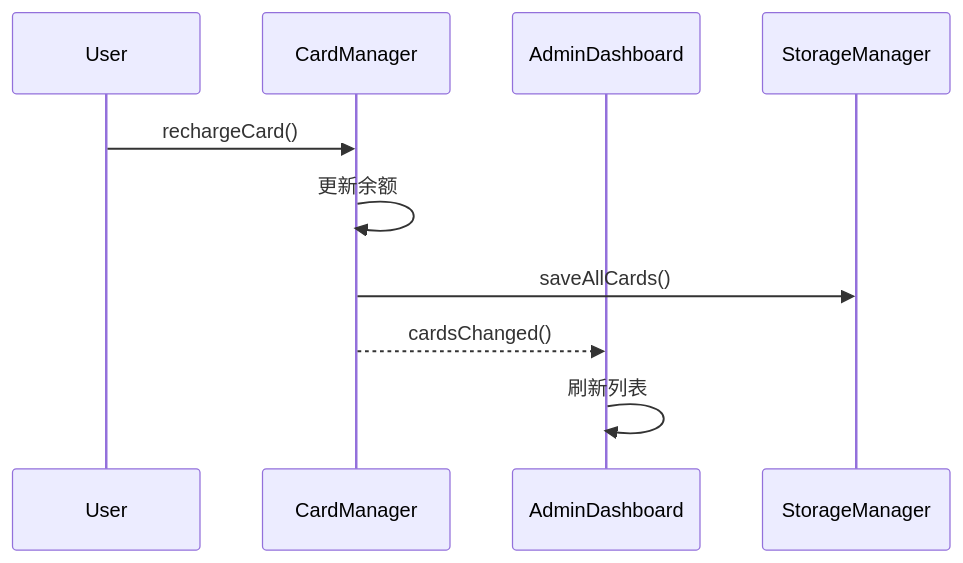
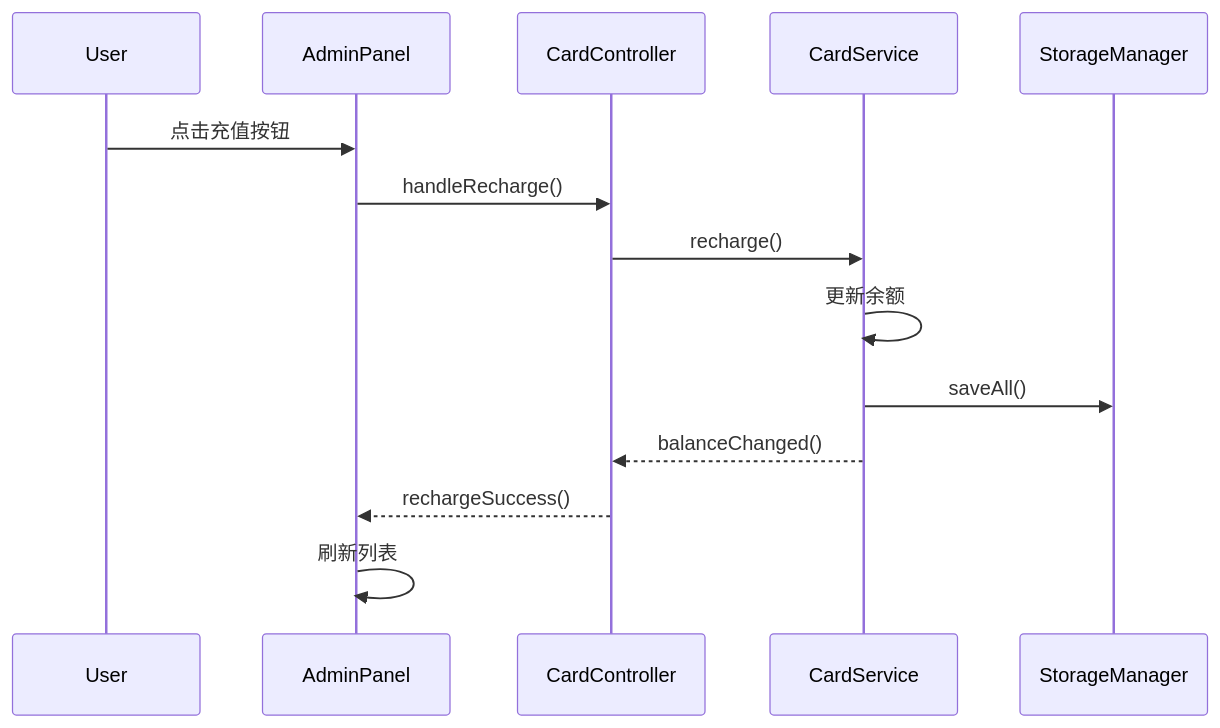
One commit to AstroAir/software-design changed the second of 4 diagrams in docs/architecture/overview.md. Above: the diagram before and after it, drawn with Mermaid. The commit also changed other lines of this file and 6 other files, not shown here.

Commit message:
Update documentation to reflect MVC architecture refactoring, rename managers to services/controllers, and reorganize API reference structure

````diff
--- a/docs/architecture/overview.md
+++ b/docs/architecture/overview.md
@@ -94,13 +130,17 @@
 ```mermaid
 sequenceDiagram
     participant User
-    participant CardManager
-    participant AdminDashboard
+    participant AdminPanel
+    participant CardController
+    participant CardService
     participant StorageManager
 
-    User->>CardManager: rechargeCard()
-    CardManager->>CardManager: 更新余额
-    CardManager->>StorageManager: saveAllCards()
-    CardManager-->>AdminDashboard: cardsChanged()
-    AdminDashboard->>AdminDashboard: 刷新列表
+    User->>AdminPanel: 点击充值按钮
+    AdminPanel->>CardController: handleRecharge()
+    CardController->>CardService: recharge()
+    CardService->>CardService: 更新余额
+    CardService->>StorageManager: saveAll()
+    CardService-->>CardController: balanceChanged()
+    CardController-->>AdminPanel: rechargeSuccess()
+    AdminPanel->>AdminPanel: 刷新列表
 ```
````
